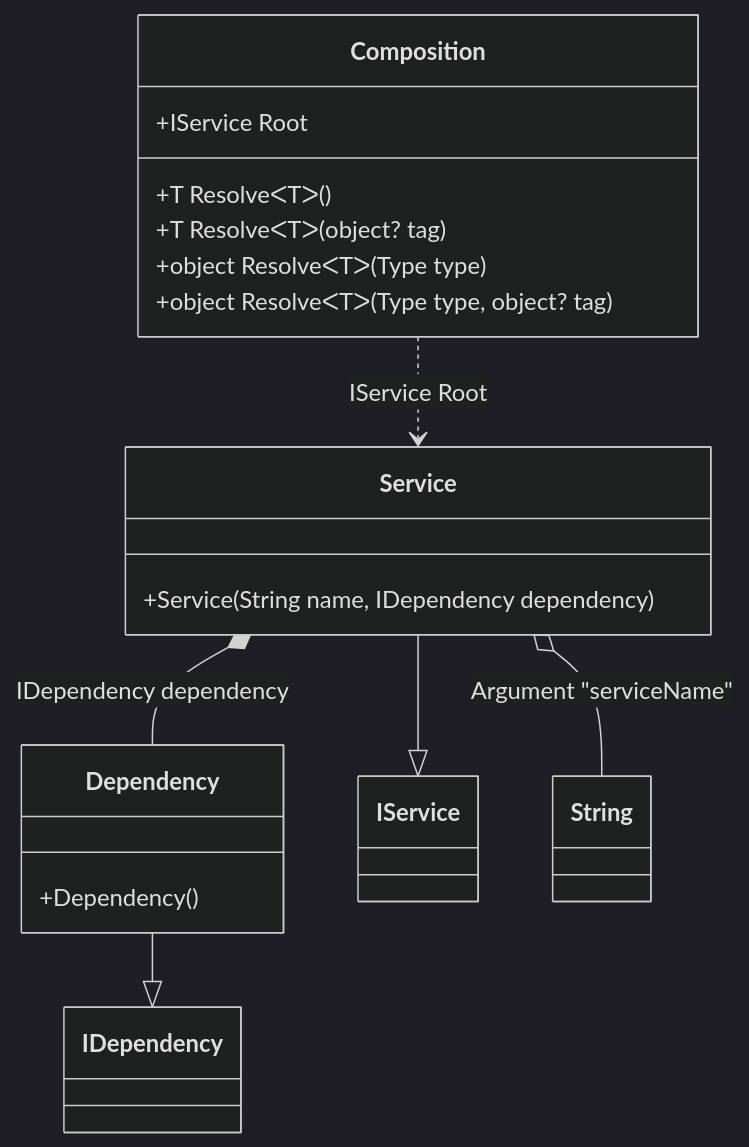
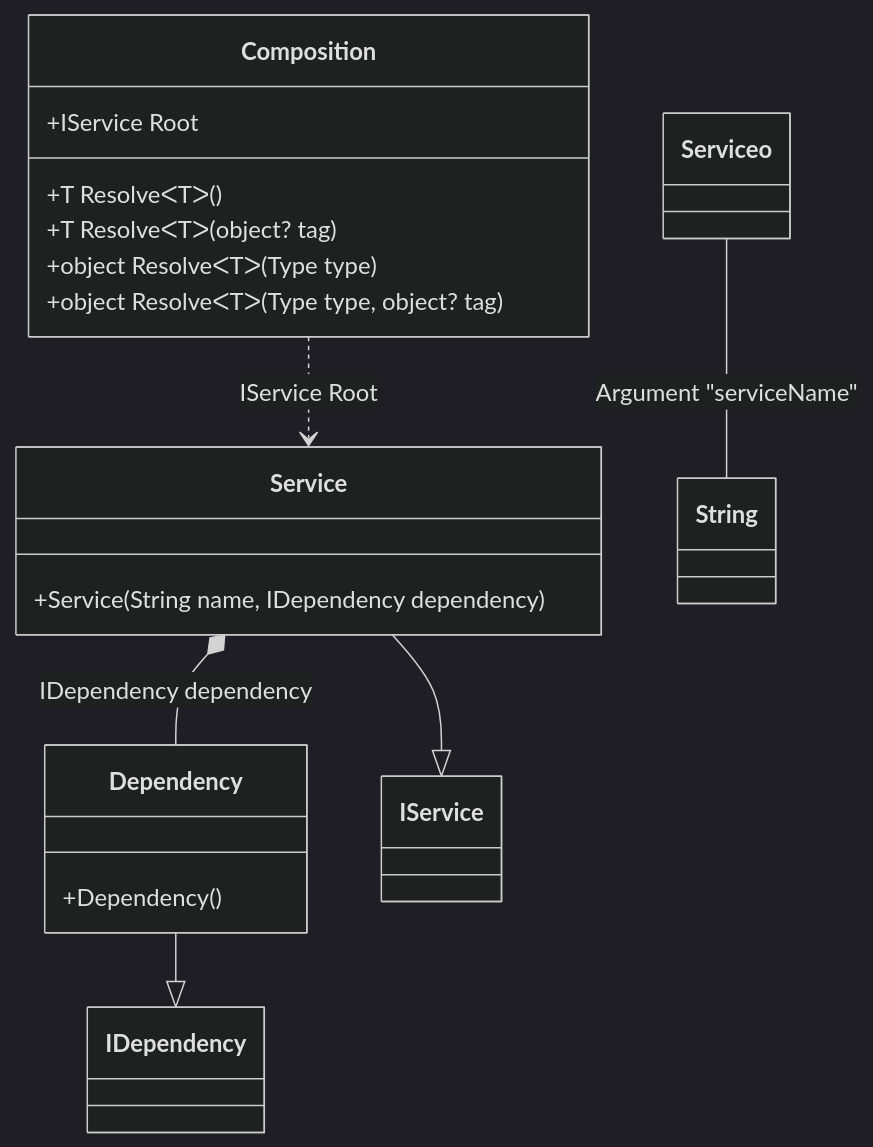
Before and after one commit to DevTeam/Pure.DI: the sixth of 33 diagrams in readme/Examples.md, drawn with Mermaid (dark theme). The commit also changed other lines of this file and 17 other files, not shown here.

````diff
--- a/readme/Examples.md
+++ b/readme/Examples.md
@@ -434,22 +433,22 @@
 ```mermaid
 classDiagram
 class Composition {
 +IService Root
 +T ResolveᐸTᐳ()
 +T ResolveᐸTᐳ(object? tag)
 +object ResolveᐸTᐳ(Type type)
 +object ResolveᐸTᐳ(Type type, object? tag)
 }
 Dependency --|> IDependency : 
 class Dependency {
 +Dependency()
 }
 Service --|> IService : 
 class Service {
 +Service(String name, IDependency dependency)
 }
 class String
 Composition ..> Service : IService Root
-Service o-- String : Argument "serviceName"
-Service *-- Dependency : IDependency dependency
+Serviceo-- String : Argument "serviceName"
+Service*--Dependency : IDependency dependency
 ```
````
